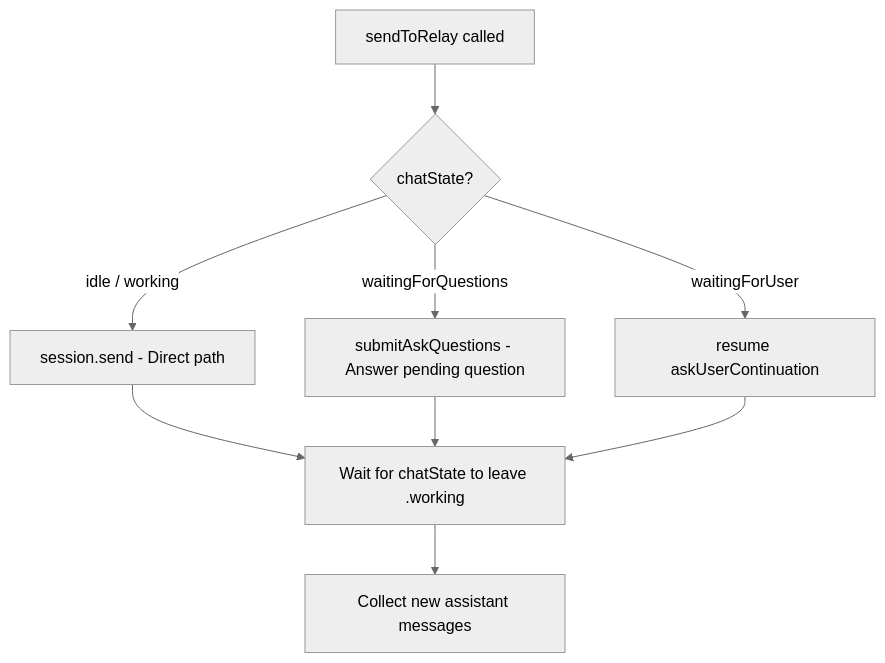
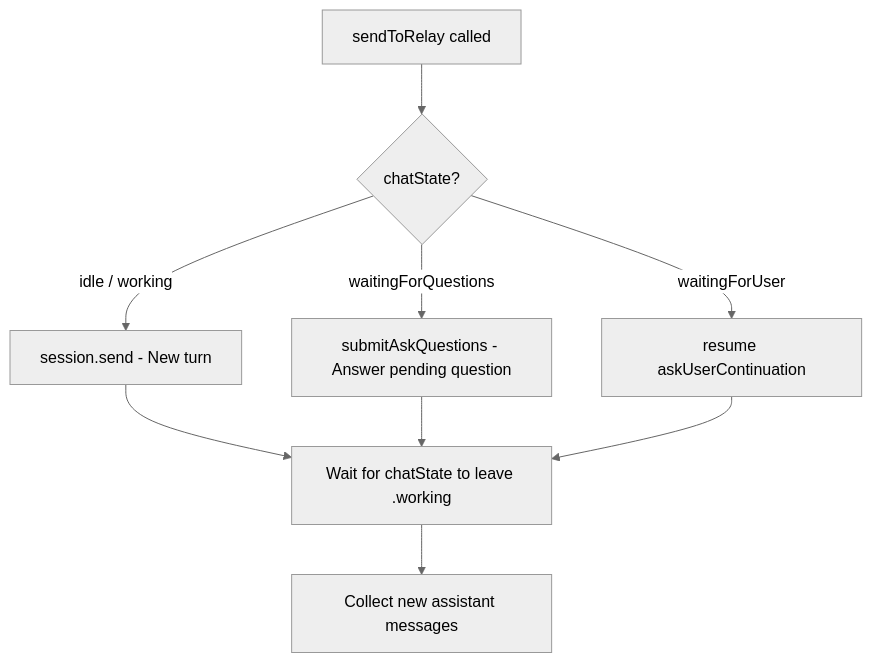
One commit to lalalic/neox changed the diagram in docs/e2e-test-matrix.md. Above: the diagram before and after it, drawn with Mermaid (neutral theme). The commit also changed other lines of this file, not shown here.

````diff
--- a/docs/e2e-test-matrix.md
+++ b/docs/e2e-test-matrix.md
@@ -7,11 +11,11 @@
 ```mermaid
 graph TD
     A[sendToRelay called] --> B{chatState?}
-    B -->|idle / working| C[session.send - Direct path]
+    B -->|idle / working| C[session.send - New turn]
     B -->|waitingForQuestions| D[submitAskQuestions - Answer pending question]
     B -->|waitingForUser| E[resume askUserContinuation]
     C --> F[Wait for chatState to leave .working]
     D --> F
     E --> F
     F --> G[Collect new assistant messages]
 ```
````
